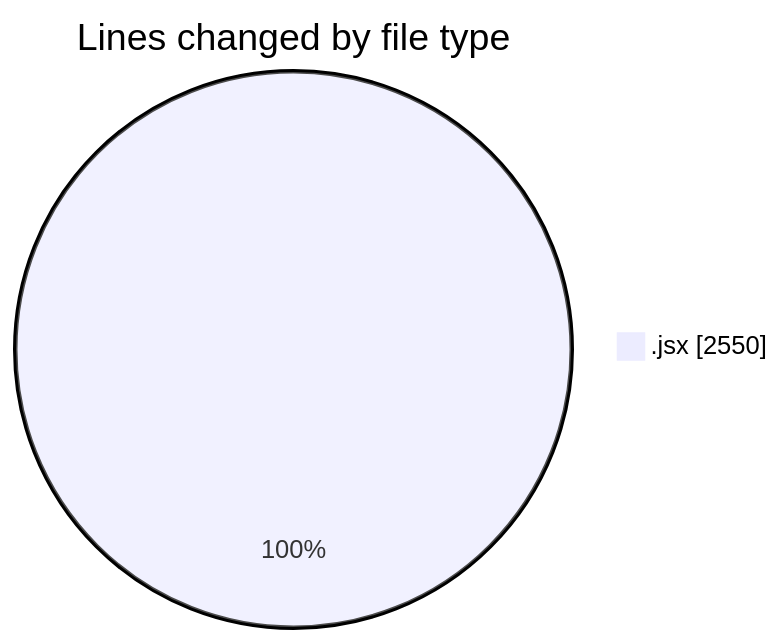
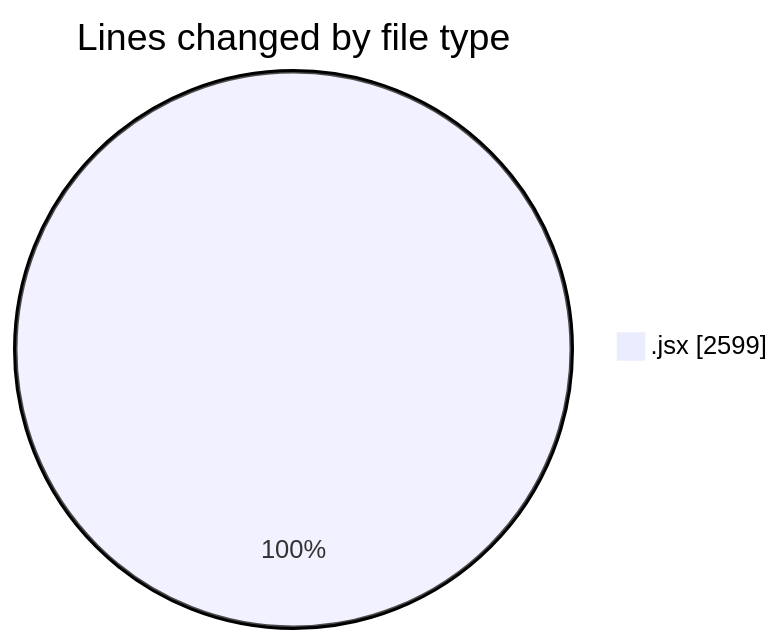
One commit to nxtqubesakshisongat/code-tracking changed the first of 2 diagrams in 2025-05-14/argos-dev/README.md. Above: the diagram before and after it, drawn with Mermaid. The commit also changed other lines of this file and 1 other file, not shown here.

````diff
--- a/2025-05-14/argos-dev/README.md
+++ b/2025-05-14/argos-dev/README.md
@@ -24,5 +24,5 @@
 ```mermaid
 pie showData
 title Lines changed by file type
-".jsx" : 2550
+".jsx" : 2599
 ```
````
